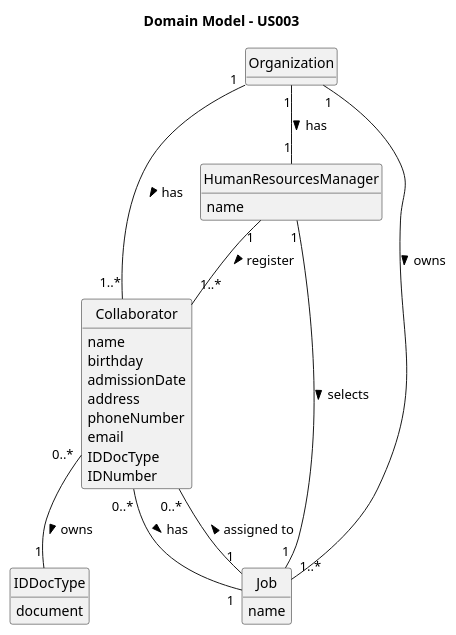
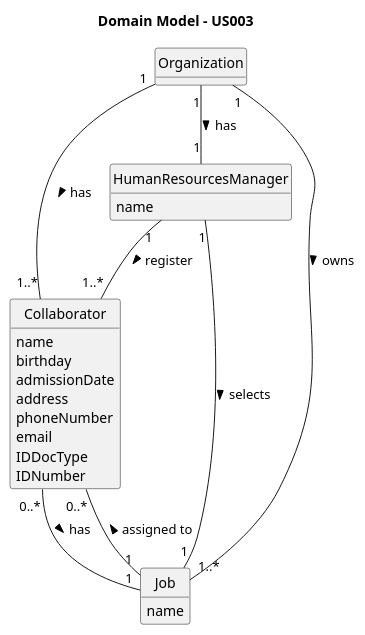
The diagram in docs/sprintA&B/us003/02.analysis/puml/us003-domain-model.puml (daniel41silva05/ISEP_2023_2024_LAPR2), drawn with PlantUML before and after one commit. The commit also changed 4 other files, not shown here.

Commit message:
ED-17 US03 - Update Class Diagram

```diff
--- a/docs/sprintA&B/us003/02.analysis/puml/us003-domain-model.puml
+++ b/docs/sprintA&B/us003/02.analysis/puml/us003-domain-model.puml
@@ -1,48 +1,43 @@
 @startuml
 skinparam monochrome true
 skinparam packageStyle rectangle
 skinparam shadowing false
 
 skinparam classAttributeIconSize 0
 
 hide circle
 hide methods
 
 title Domain Model - US003
 
 class Organization {
 }
 
 class Collaborator {
     name
     birthday
     admissionDate
     address
     phoneNumber
     email
     IDDocType
     IDNumber
 }
 
 class HumanResourcesManager {
     name
 }
 
 class Job {
     name
 }
 
-class IDDocType {
-    document
-}
-
 Organization "1" -- "1" HumanResourcesManager : has >
 Organization "1" -- "1..*" Collaborator : has >
 Organization "1" -- "1..*" Job : owns >
 HumanResourcesManager "1" -- "1" Job : selects  >
 Job "1" -- "0..*" Collaborator : assigned to >
 HumanResourcesManager "1" -- "1..*" Collaborator : register >
-Collaborator "0..*" -- "1" IDDocType : owns >
 Collaborator "0..*" -- "1" Job : has >
 
 @enduml
```
